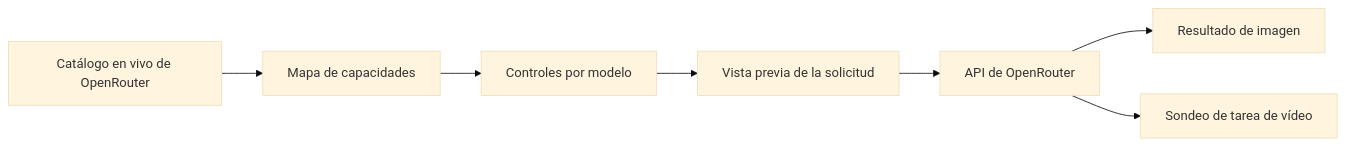
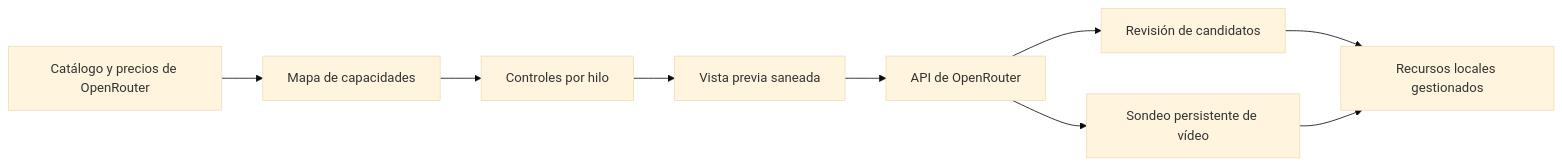
The diagram in docs/i18n/README.es.md (jbaehova/fruit-truck), drawn with Mermaid (base theme) before and after one commit. The commit also changed other lines of this file and 48 other files, not shown here.

````diff
--- a/docs/i18n/README.es.md
+++ b/docs/i18n/README.es.md
@@ -55,9 +63,11 @@
 ```mermaid
 flowchart LR
-    A[Catálogo en vivo de OpenRouter] --> B[Mapa de capacidades]
-    B --> C[Controles por modelo]
-    C --> D[Vista previa de la solicitud]
+    A[Catálogo y precios de OpenRouter] --> B[Mapa de capacidades]
+    B --> C[Controles por hilo]
+    C --> D[Vista previa saneada]
     D --> E[API de OpenRouter]
-    E --> F[Resultado de imagen]
-    E --> G[Sondeo de tarea de vídeo]
+    E --> F[Revisión de candidatos]
+    E --> G[Sondeo persistente de vídeo]
+    F --> H[Recursos locales gestionados]
+    G --> H
 ```
````
